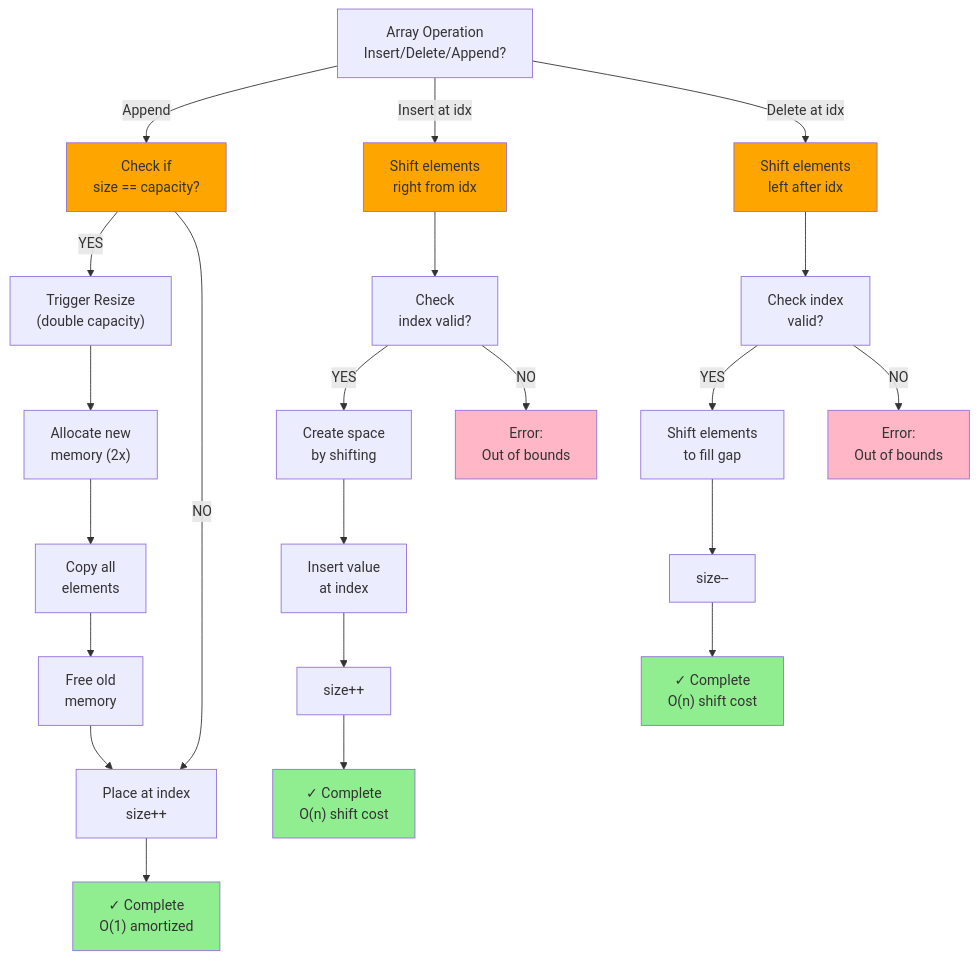
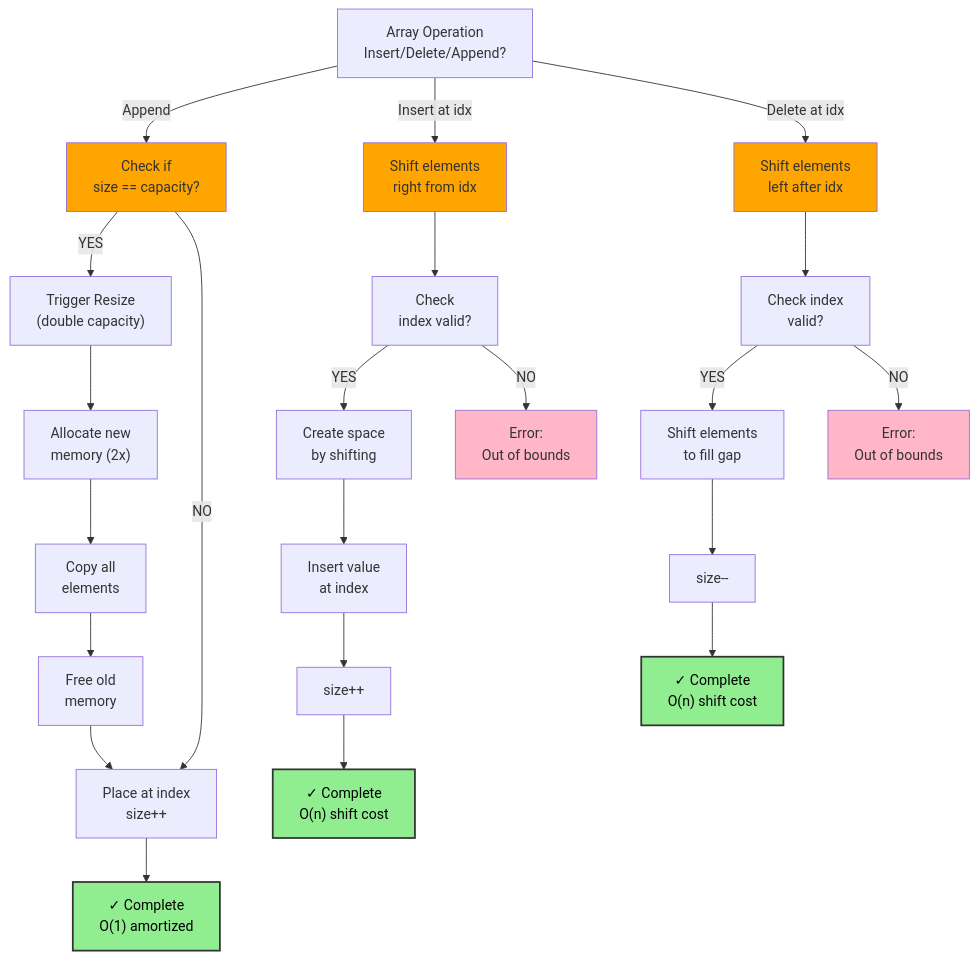
Before and after one commit to souradeepta/interviewprep: the second of 4 diagrams in docs/basic/array.md, drawn with Mermaid. The commit also changed other lines of this file and 31 other files, not shown here.

Commit message:
updated graphs

````diff
--- a/docs/basic/array.md
+++ b/docs/basic/array.md
@@ -139,39 +139,39 @@
 ```mermaid
 graph TD
     START["Array Operation<br/>Insert/Delete/Append?"] 
     
     START -->|Append| A["Check if<br/>size == capacity?"]
     START -->|Insert at idx| B["Shift elements<br/>right from idx"]
     START -->|Delete at idx| C["Shift elements<br/>left after idx"]
     
     A -->|YES| A1["Trigger Resize<br/>(double capacity)"]
     A -->|NO| A2["Place at index<br/>size++"]
     
     A1 --> A1a["Allocate new<br/>memory (2x)"]
     A1a --> A1b["Copy all<br/>elements"]
     A1b --> A1c["Free old<br/>memory"]
     A1c --> A2
     A2 --> DONE["✓ Complete<br/>O(1) amortized"]
     
     B --> B1["Check<br/>index valid?"]
     B1 -->|YES| B2["Create space<br/>by shifting"]
     B1 -->|NO| ERR1["Error:<br/>Out of bounds"]
     B2 --> B3["Insert value<br/>at index"]
     B3 --> B4["size++"]
     B4 --> DONE2["✓ Complete<br/>O(n) shift cost"]
     
     C --> C1["Check index<br/>valid?"]
     C1 -->|YES| C2["Shift elements<br/>to fill gap"]
     C1 -->|NO| ERR2["Error:<br/>Out of bounds"]
     C2 --> C3["size--"]
     C3 --> DONE3["✓ Complete<br/>O(n) shift cost"]
     
     style A fill:#FFA500
     style B fill:#FFA500
     style C fill:#FFA500
-    style DONE fill:#90EE90
-    style DONE2 fill:#90EE90
-    style DONE3 fill:#90EE90
+    style DONE fill:#90ee90,color:#000,stroke:#333,stroke-width:2px
+    style DONE2 fill:#90ee90,color:#000,stroke:#333,stroke-width:2px
+    style DONE3 fill:#90ee90,color:#000,stroke:#333,stroke-width:2px
     style ERR1 fill:#FFB6C6
     style ERR2 fill:#FFB6C6
 ```
````
